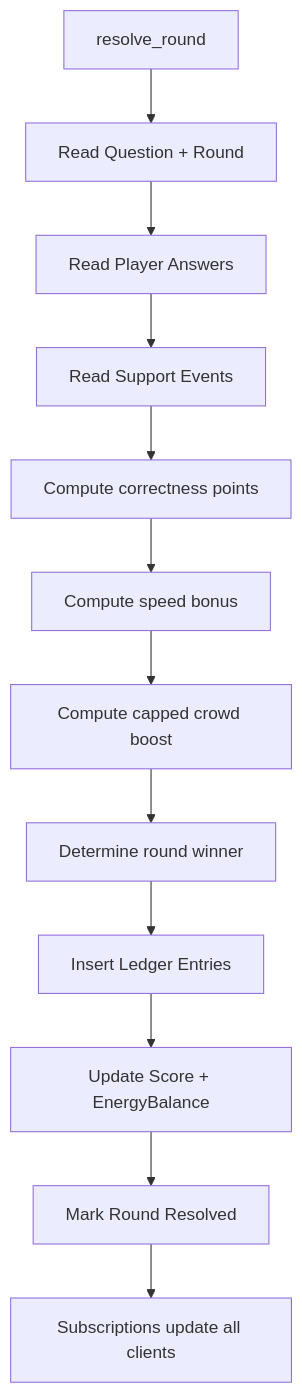
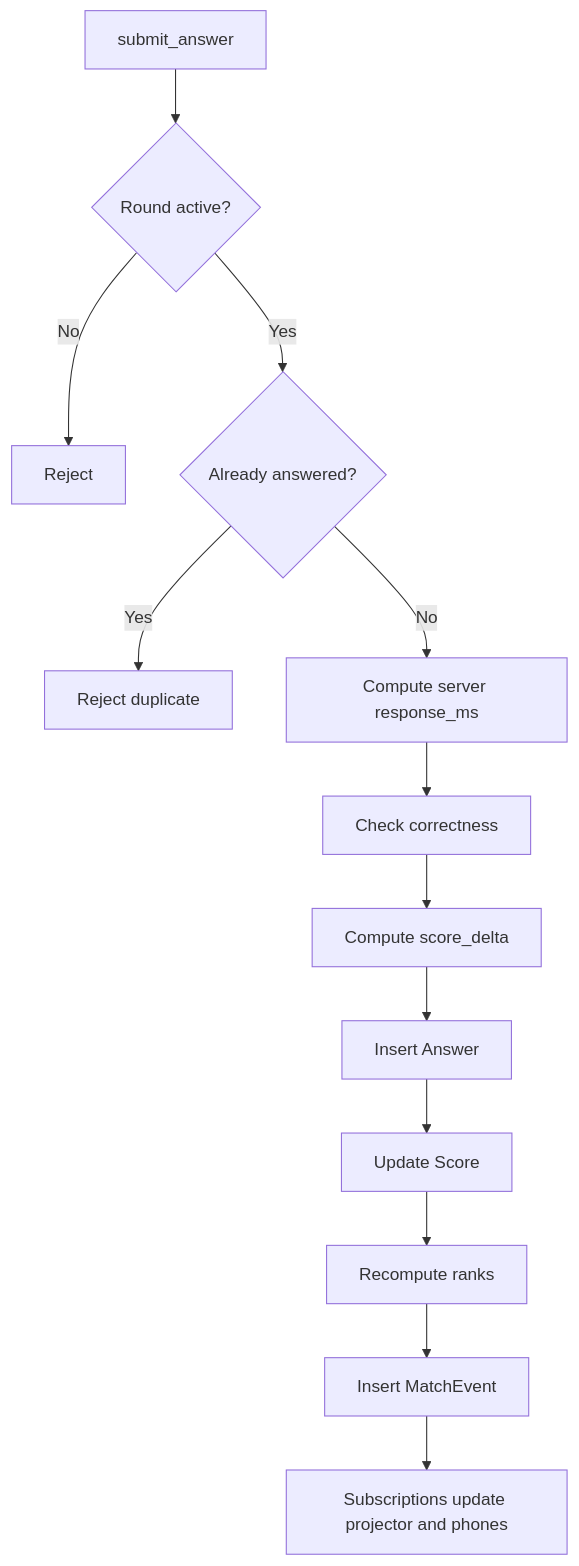
Before and after one commit to roshaninfordham/quizel: the fourth of 4 diagrams in docs/architecture.md, drawn with Mermaid. The commit also changed other lines of this file and 76 other files, not shown here.

````diff
--- a/docs/architecture.md
+++ b/docs/architecture.md
@@ -98,14 +72,15 @@
 ```mermaid
 flowchart TD
-    Start[resolve_round] --> ReadQ[Read Question + Round]
-    ReadQ --> ReadA[Read Player Answers]
-    ReadA --> ReadS[Read Support Events]
-    ReadS --> Score1[Compute correctness points]
-    Score1 --> Score2[Compute speed bonus]
-    Score2 --> Score3[Compute capped crowd boost]
-    Score3 --> Winner[Determine round winner]
-    Winner --> Ledger[Insert Ledger Entries]
-    Ledger --> Update[Update Score + EnergyBalance]
-    Update --> Result[Mark Round Resolved]
-    Result --> Notify[Subscriptions update all clients]
+    A[submit_answer] --> B{Round active?}
+    B -- No --> X[Reject]
+    B -- Yes --> C{Already answered?}
+    C -- Yes --> Y[Reject duplicate]
+    C -- No --> D[Compute server response_ms]
+    D --> E[Check correctness]
+    E --> F[Compute score_delta]
+    F --> G[Insert Answer]
+    G --> H[Update Score]
+    H --> I[Recompute ranks]
+    I --> J[Insert MatchEvent]
+    J --> K[Subscriptions update projector and phones]
 ```
````
